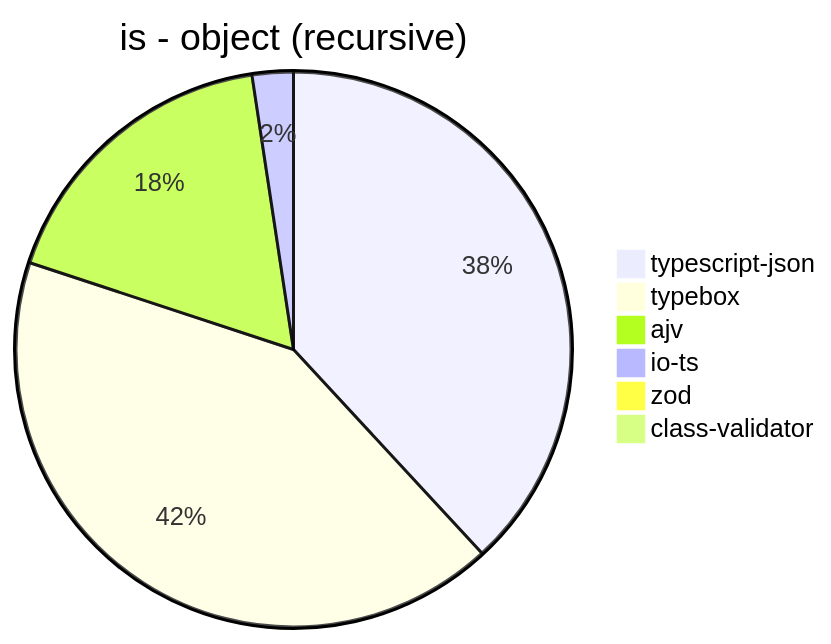
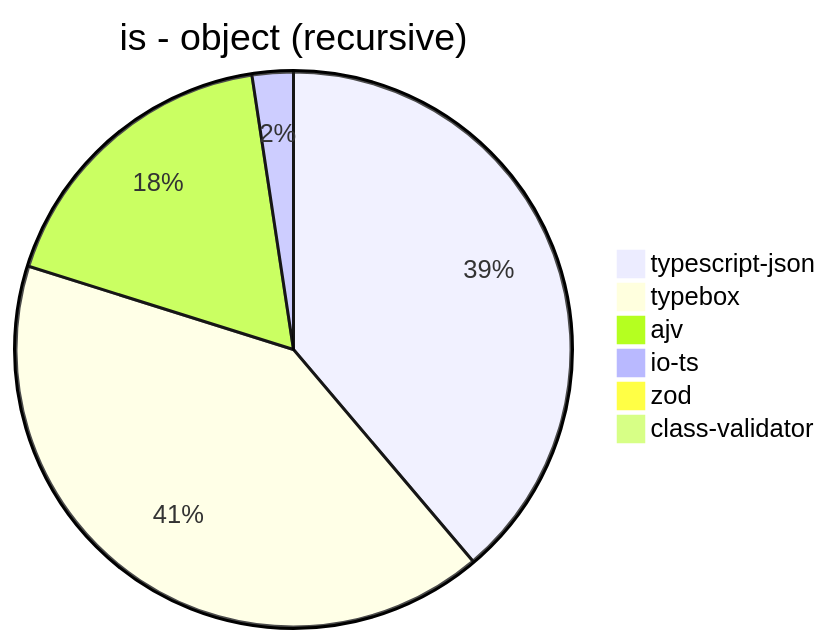
One commit to samchon/typia changed the second of 38 diagrams in benchmark/results/AMD Ryzen 7 5800H with Radeon Graphics.md. Above: the diagram before and after it, drawn with Mermaid. The commit also changed other lines of this file and 189 other files, not shown here.

````diff
--- a/benchmark/results/AMD Ryzen 7 5800H with Radeon Graphics.md
+++ b/benchmark/results/AMD Ryzen 7 5800H with Radeon Graphics.md
@@ -32,9 +32,9 @@
 ```mermaid
 pie title is - object (recursive)
-  "typescript-json": 72938.19507748404
-  "typebox": 80253.13190862196
-  "ajv": 33571.35026493696
-  "io-ts": 4576.697247706422
-  "zod": 67.71124790151092
-  "class-validator": 35.74736062233747
+  "typescript-json": 76441.87307900922
+  "typebox": 80826.46460912956
+  "ajv": 34979.91234477721
+  "io-ts": 4716.241560390097
+  "zod": 67.98970966556413
+  "class-validator": 35.89650145772595
 ```
````
